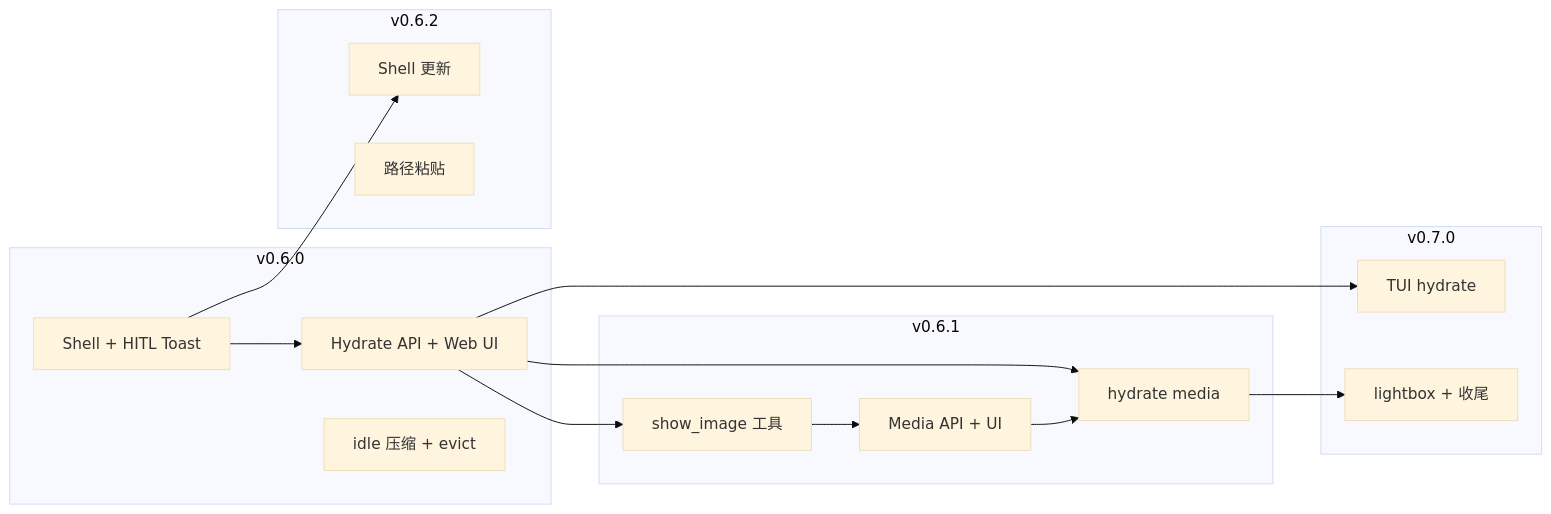
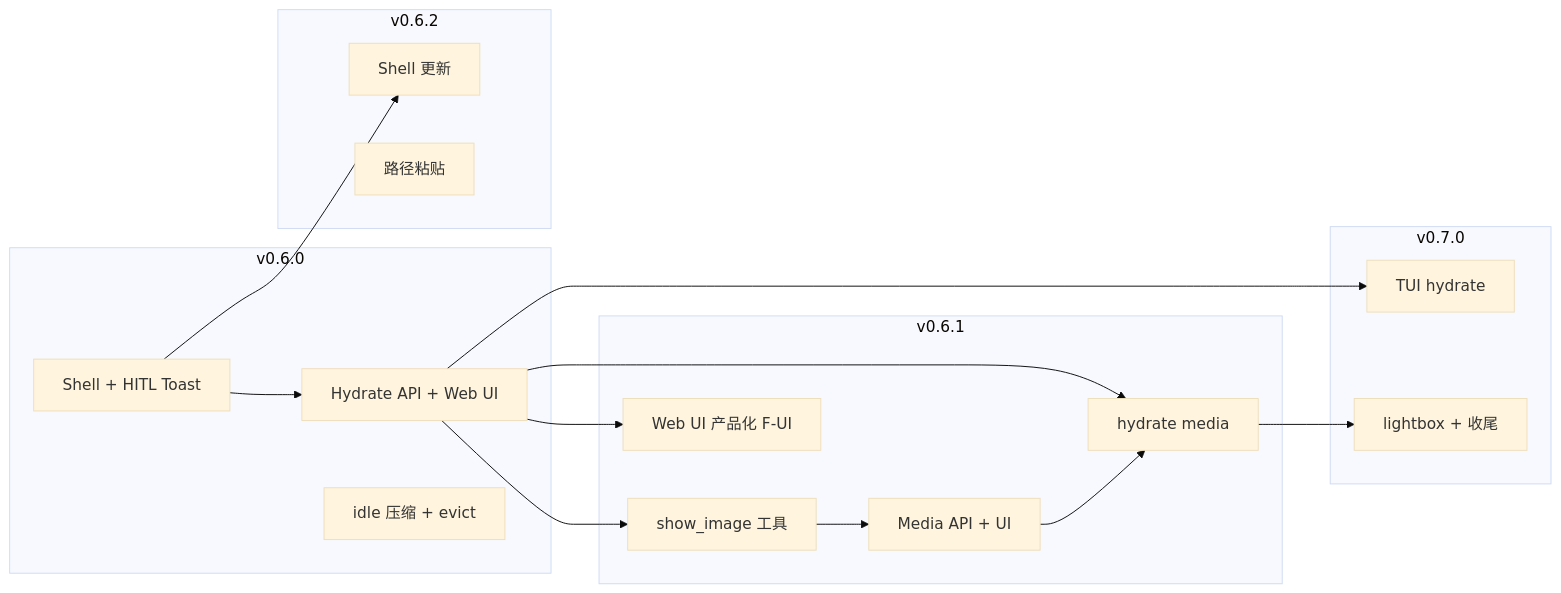
The diagram in docs/design/v0.6-v0.7-roadmap.md (DGS-ai-team/DAgents), drawn with Mermaid (base theme) before and after one commit. The commit also changed other lines of this file and 45 other files, not shown here.

````diff
--- a/docs/design/v0.6-v0.7-roadmap.md
+++ b/docs/design/v0.6-v0.7-roadmap.md
@@ -194,29 +232,31 @@
 ```mermaid
 flowchart LR
   subgraph v060["v0.6.0"]
     Shell[Shell + HITL Toast]
     Hydrate[Hydrate API + Web UI]
     Idle[idle 压缩 + evict]
   end
   subgraph v061["v0.6.1"]
     ShowImg[show_image 工具]
     Media[Media API + UI]
     HydrateMedia[hydrate media]
+    UIRefactor[Web UI 产品化 F-UI]
   end
   subgraph v062["v0.6.2"]
     Update[Shell 更新]
     Paste[路径粘贴]
   end
   subgraph v070["v0.7.0"]
     TUI[TUI hydrate]
     Polish[lightbox + 收尾]
   end
   Shell --> Hydrate
   Hydrate --> ShowImg
   Hydrate --> HydrateMedia
+  Hydrate --> UIRefactor
   ShowImg --> Media
   Media --> HydrateMedia
   Shell --> Update
   Hydrate --> TUI
   HydrateMedia --> Polish
 ```
````
